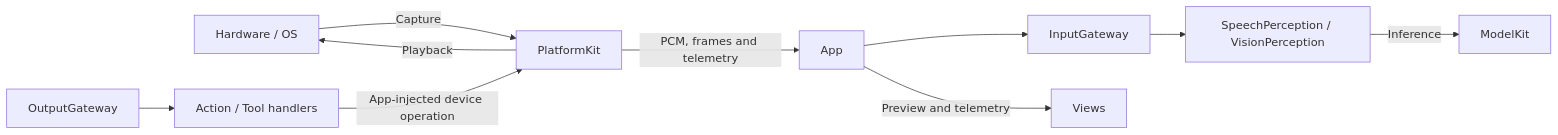
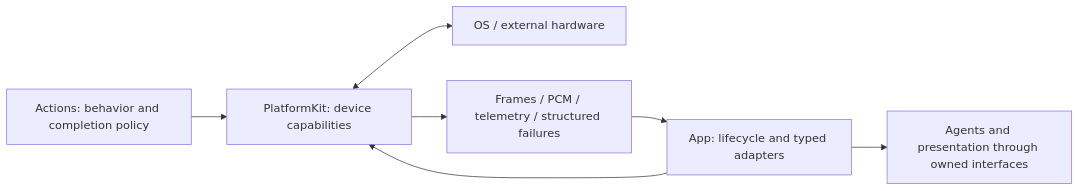
One commit to devilyouwei/MobileHarness changed the diagram in MobileHarness/PlatformKit/README.md. Above: the diagram before and after it, drawn with Mermaid. The commit also changed other lines of this file and 120 other files, not shown here.

````diff
--- a/MobileHarness/PlatformKit/README.md
+++ b/MobileHarness/PlatformKit/README.md
@@ -29,12 +12,9 @@
 ```mermaid
 flowchart LR
-    Hardware[Hardware / OS] -->|Capture| PlatformKit
-    PlatformKit -->|PCM, frames and telemetry| App
-    App --> Input[InputGateway]
-    Input --> Agents[SpeechPerception / VisionPerception]
-    Agents -->|Inference| ModelKit
-    Output[OutputGateway] --> Runtime[Action / Tool handlers]
-    Runtime -->|App-injected device operation| PlatformKit
-    PlatformKit -->|Playback| Hardware
-    App -->|Preview and telemetry| Views
+    Actions[Actions: behavior and completion policy] --> SDK[PlatformKit: device capabilities]
+    App[App: lifecycle and typed adapters] --> SDK
+    SDK <--> Hardware[OS / external hardware]
+    SDK --> Facts[Frames / PCM / telemetry / structured failures]
+    Facts --> App
+    App --> Consumers[Agents and presentation through owned interfaces]
 ```
````
